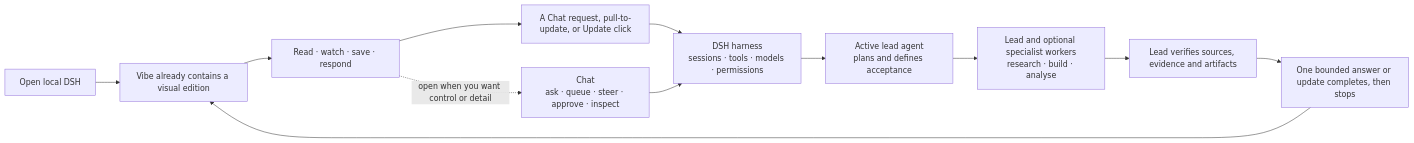
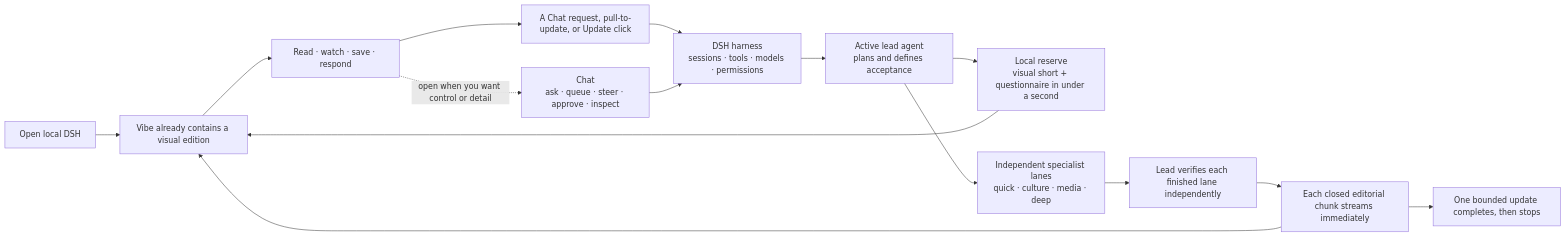
Before and after one commit to N9-Developer-Empowerment/DSH-Vibeify: the diagram in README.md, drawn with Mermaid. The commit also changed other lines of this file and 25 other files, not shown here.

Commit message:
Stream instant Vibe magazine updates

````diff
--- a/README.md
+++ b/README.md
@@ -15,14 +15,17 @@
 ```mermaid
 flowchart LR
     OPEN["Open local DSH"] --> VIBE["Vibe already contains a visual edition"]
     VIBE --> EXPLORE["Read · watch · save · respond"]
     EXPLORE --> SIGNAL["A Chat request, pull-to-update, or Update click"]
     SIGNAL --> HARNESS["DSH harness\nsessions · tools · models · permissions"]
     HARNESS --> LEAD["Active lead agent\nplans and defines acceptance"]
-    LEAD --> WORK["Lead and optional specialist workers\nresearch · build · analyse"]
-    WORK --> CHECK["Lead verifies sources, evidence and artifacts"]
-    CHECK --> PUBLISH["One bounded answer or update completes, then stops"]
-    PUBLISH --> VIBE
+    LEAD --> INSTANT["Local reserve\nvisual short + questionnaire in under a second"]
+    LEAD --> WORK["Independent specialist lanes\nquick · culture · media · deep"]
+    WORK --> CHECK["Lead verifies each finished lane independently"]
+    CHECK --> STREAM["Each closed editorial chunk streams immediately"]
+    INSTANT --> VIBE
+    STREAM --> VIBE
+    STREAM --> STOP["One bounded update completes, then stops"]
     EXPLORE -. "open when you want control or detail" .-> CHAT["Chat\nask · queue · steer · approve · inspect"]
     CHAT --> HARNESS
 ```
````
